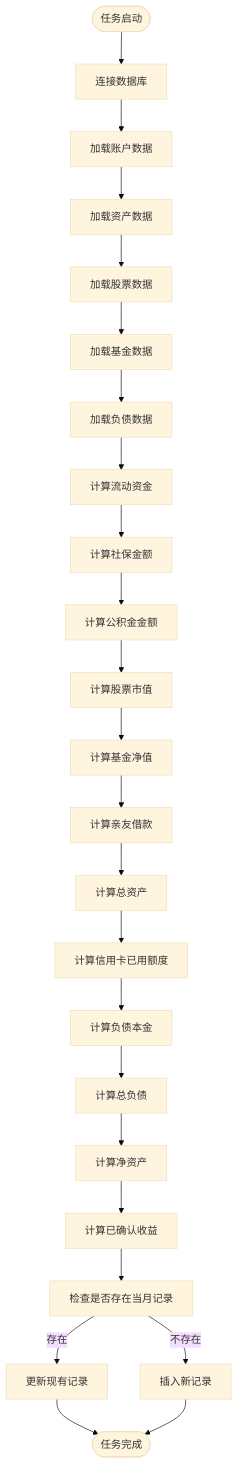
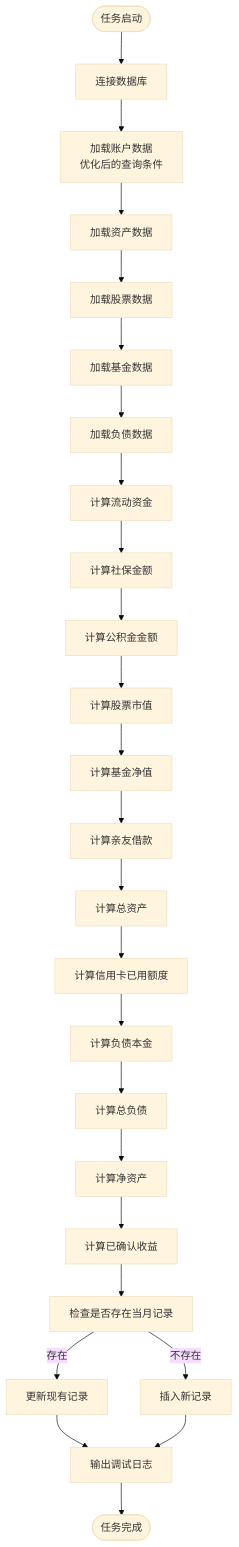
One commit to xiao-lin-unit/yuan changed the fourth of 6 diagrams in .qoder/repowiki/zh/content/架构设计/自动化任务系统.md. Above: the diagram before and after it, drawn with Mermaid (base theme). The commit also changed other lines of this file and 6 other files, not shown here.

````diff
--- a/.qoder/repowiki/zh/content/架构设计/自动化任务系统.md
+++ b/.qoder/repowiki/zh/content/架构设计/自动化任务系统.md
@@ -164,26 +177,27 @@
 ```mermaid
 flowchart TD
 Start([任务启动]) --> ConnectDB["连接数据库"]
-ConnectDB --> LoadAccounts["加载账户数据"]
+ConnectDB --> LoadAccounts["加载账户数据<br/>优化后的查询条件"]
 LoadAccounts --> LoadAssets["加载资产数据"]
 LoadAssets --> LoadStocks["加载股票数据"]
 LoadStocks --> LoadFunds["加载基金数据"]
 LoadFunds --> LoadLiabilities["加载负债数据"]
 LoadLiabilities --> CalcLiquidFunds["计算流动资金"]
 CalcLiquidFunds --> CalcSocialSecurity["计算社保金额"]
 CalcSocialSecurity --> CalcProvidentFund["计算公积金金额"]
 CalcProvidentFund --> CalcStockValue["计算股票市值"]
 CalcStockValue --> CalcFundValue["计算基金净值"]
 CalcFundValue --> CalcLoans["计算亲友借款"]
 CalcLoans --> CalcTotalAssets["计算总资产"]
 CalcTotalAssets --> CalcCreditCardUsed["计算信用卡已用额度"]
 CalcCreditCardUsed --> CalcLiabilityPrincipal["计算负债本金"]
 CalcLiabilityPrincipal --> CalcTotalLiabilities["计算总负债"]
 CalcTotalLiabilities --> CalcNetWorth["计算净资产"]
 CalcNetWorth --> CalcConfirmedProfits["计算已确认收益"]
 CalcConfirmedProfits --> CheckExisting["检查是否存在当月记录"]
 CheckExisting --> |存在| UpdateRecord["更新现有记录"]
 CheckExisting --> |不存在| InsertRecord["插入新记录"]
-UpdateRecord --> End([任务完成])
-InsertRecord --> End
+UpdateRecord --> LogOutput["输出调试日志"]
+LogOutput --> End([任务完成])
+InsertRecord --> LogOutput
 ```
````
